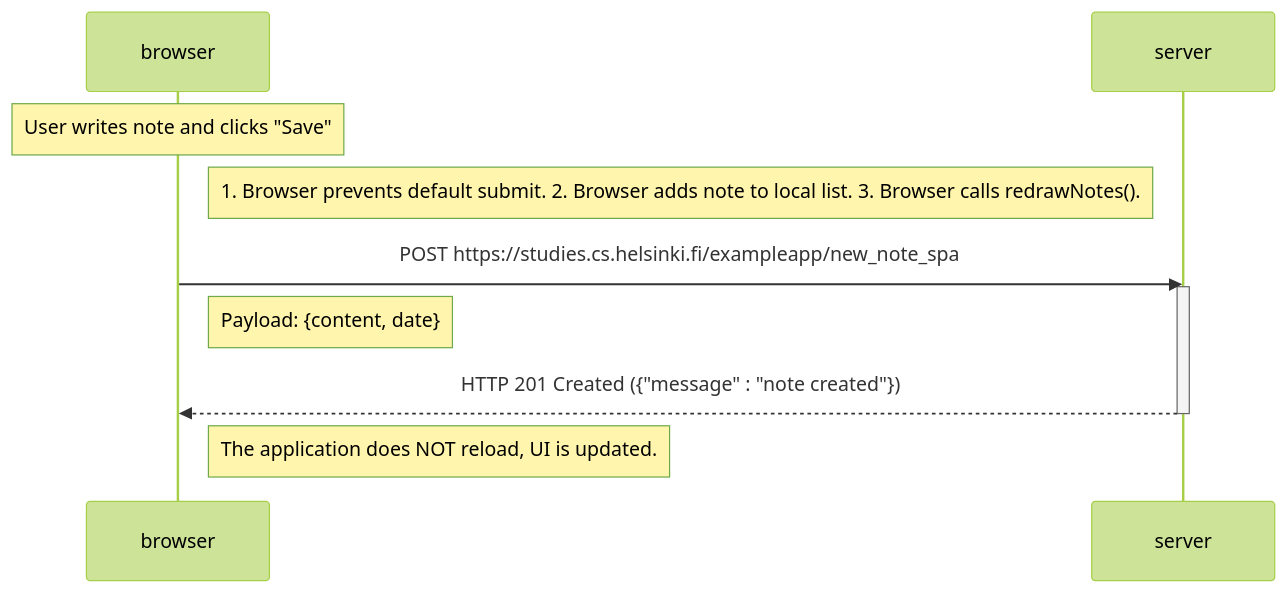
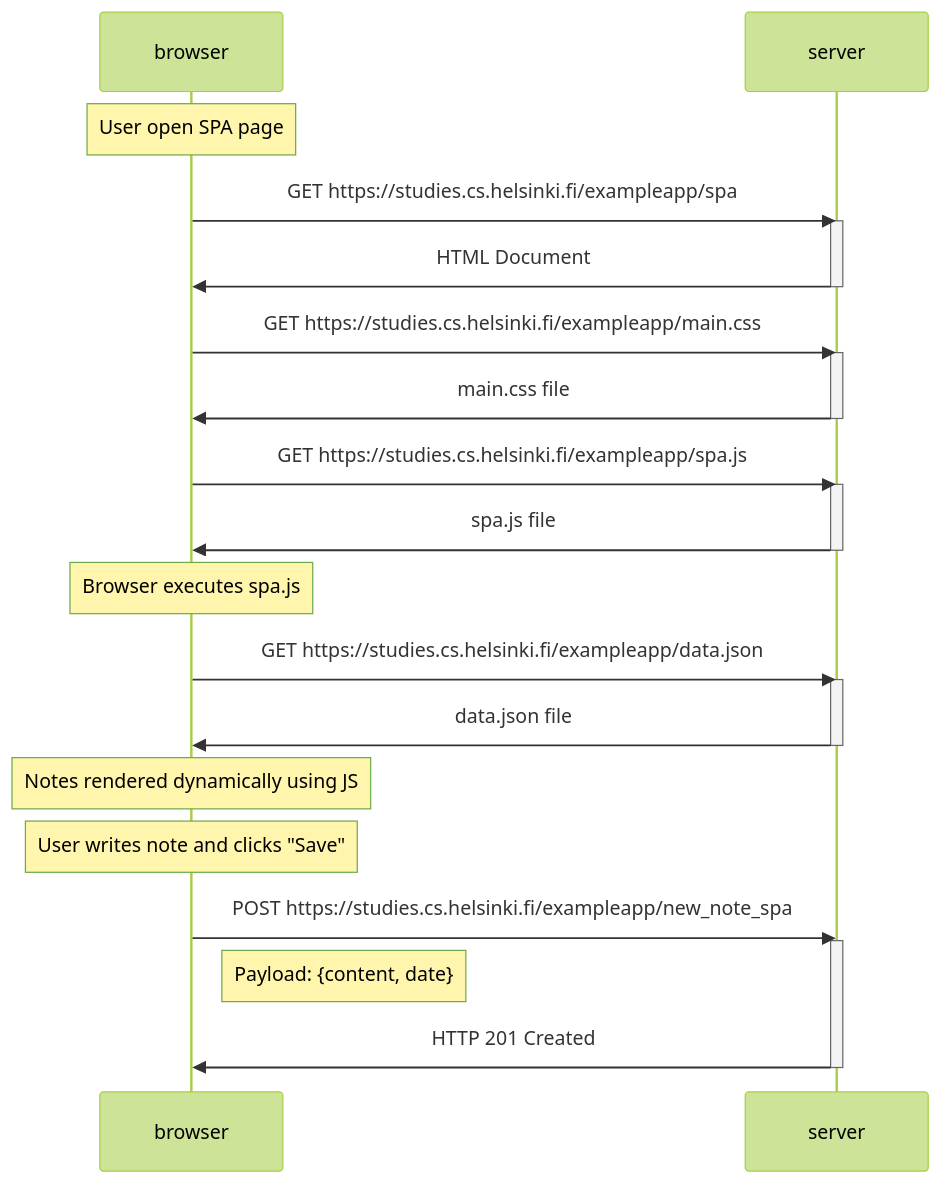
Before and after one commit to Sanjay-jayesh/Full-Stack-Open-: the diagram in Part 0/exercise_0_5.md, drawn with Mermaid (forest theme).

Commit message:
Revised sequence diagram for 0.5
Updated sequence diagram to reflect SPA interactions and note saving process.

````diff
--- a/Part 0/exercise_0_5.md
+++ b/Part 0/exercise_0_5.md
@@ -1,17 +1,39 @@
 ```mermaid
 sequenceDiagram
     participant browser
     participant server
 
+    Note over browser: User open SPA page
+
+    browser->>server: GET https://studies.cs.helsinki.fi/exampleapp/spa
+    activate server
+    server->>browser: HTML Document
+    deactivate server
+
+    browser->>server: GET https://studies.cs.helsinki.fi/exampleapp/main.css
+    activate server
+    server->>browser: main.css file
+    deactivate server
+    
+    browser->>server: GET https://studies.cs.helsinki.fi/exampleapp/spa.js
+    activate server
+    server->>browser: spa.js file
+    deactivate server
+
+    Note over browser: Browser executes spa.js
+
+    browser->>server: GET https://studies.cs.helsinki.fi/exampleapp/data.json
+    activate server
+    server->>browser: data.json file
+    deactivate server
+
+    Note over browser: Notes rendered dynamically using JS
+
     Note over browser: User writes note and clicks "Save"
-
-    Note right of browser: 1. Browser prevents default submit. 2. Browser adds note to local list. 3. Browser calls redrawNotes().
 
     browser->>server: POST https://studies.cs.helsinki.fi/exampleapp/new_note_spa
     activate server
     Note right of browser: Payload: {content, date}
-    server-->>browser: HTTP 201 Created ({"message" : "note created"})
+    server->>browser: HTTP 201 Created
     deactivate server
-
-    Note right of browser: The application does NOT reload, UI is updated.
 ```
````
